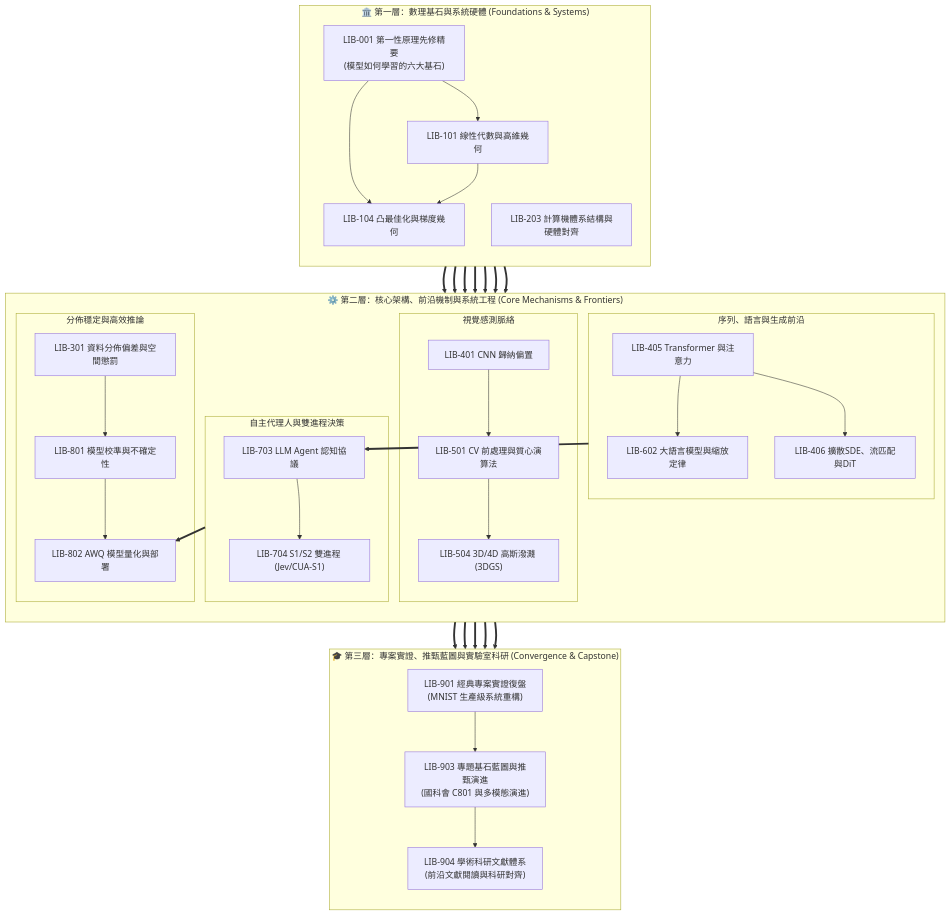
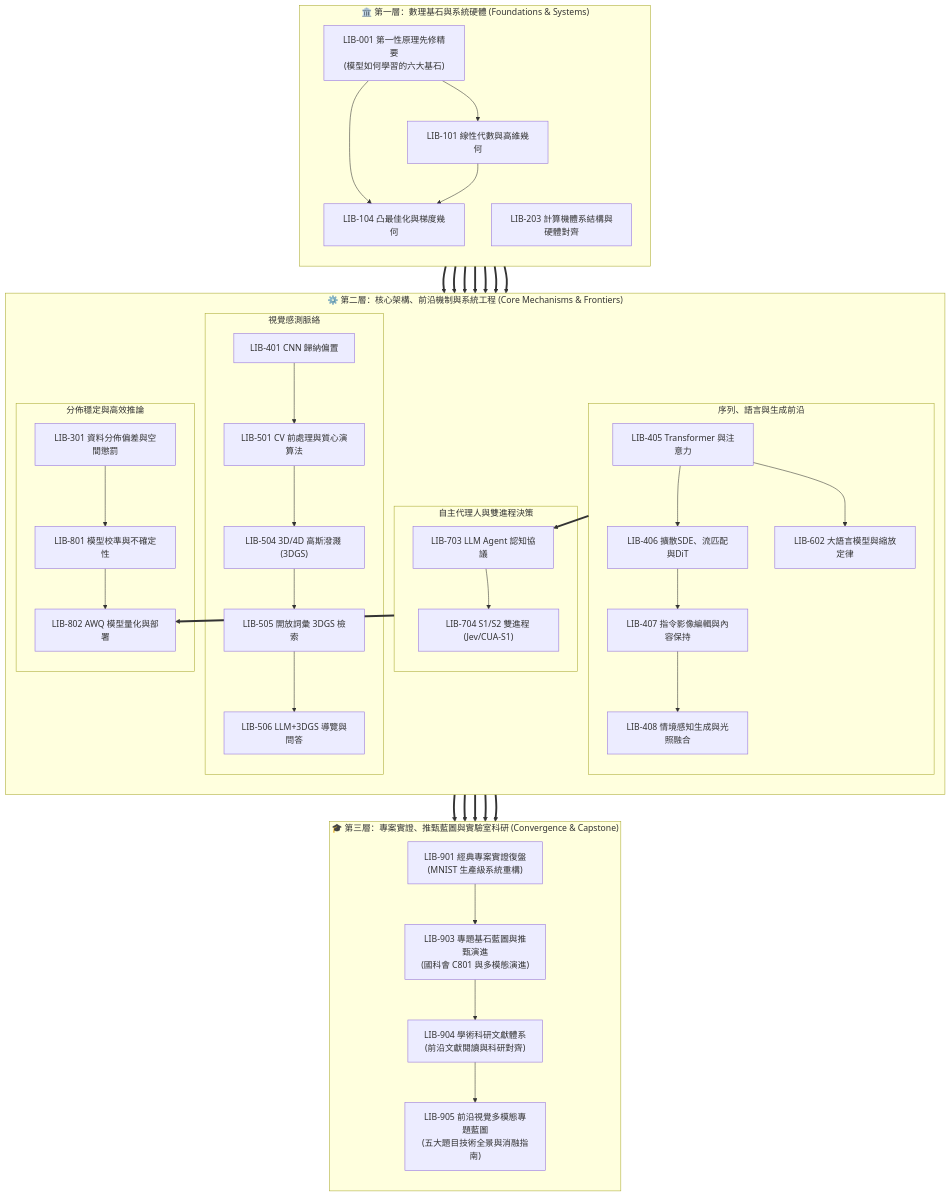
The diagram in 00_總覽與拓樸導覽/LIB-000 圖書館總覽與拓樸導覽系統 (Grand Library Index & Navigator).md (OPluke11-abula/library), drawn with Mermaid before and after one commit. The commit also changed other lines of this file and 15 other files, not shown here.

```diff
--- a/00_總覽與拓樸導覽/LIB-000 圖書館總覽與拓樸導覽系統 (Grand Library Index & Navigator).md
+++ b/00_總覽與拓樸導覽/LIB-000 圖書館總覽與拓樸導覽系統 (Grand Library Index & Navigator).md
@@ -90,15 +90,23 @@
             LIB401["LIB-401 CNN 歸納偏置"]
             LIB501["LIB-501 CV 前處理與質心演算法"]
             LIB504["LIB-504 3D/4D 高斯潑濺 (3DGS)"]
+            LIB505["LIB-505 開放詞彙 3DGS 檢索"]
+            LIB506["LIB-506 LLM+3DGS 導覽與問答"]
             LIB401 --> LIB501
             LIB501 --> LIB504
+            LIB504 --> LIB505
+            LIB505 --> LIB506
         end
 
         subgraph SequenceAxis["序列、語言與生成前沿"]
             LIB405["LIB-405 Transformer 與注意力"]
             LIB406["LIB-406 擴散SDE、流匹配與DiT"]
+            LIB407["LIB-407 指令影像編輯與內容保持"]
+            LIB408["LIB-408 情境感知生成與光照融合"]
             LIB602["LIB-602 大語言模型與縮放定律"]
             LIB405 --> LIB406
+            LIB406 --> LIB407
+            LIB407 --> LIB408
             LIB405 --> LIB602
         end
 
@@ -122,9 +130,11 @@
         LIB901["LIB-901 經典專案實證復盤<br/>(MNIST 生產級系統重構)"]
         LIB903["LIB-903 專題基石藍圖與推甄演進<br/>(國科會 C801 與多模態演進)"]
         LIB904["LIB-904 學術科研文獻體系<br/>(前沿文獻閱讀與科研對齊)"]
+        LIB905["LIB-905 前沿視覺多模態專題藍圖<br/>(五大題目技術全景與消融指南)"]
 
         LIB901 --> LIB903
         LIB903 --> LIB904
+        LIB904 --> LIB905
     end
 
     %% 主幹跨層依賴鏈接 (Primary Cross-Tier Dependencies)
@@ -137,9 +147,9 @@
     LIB104 ==> LIB406
 
     VisualAxis ==> LIB901
-    VisualAxis ==> LIB904
+    VisualAxis ==> LIB905
     SequenceAxis ==> LIB703
-    SequenceAxis ==> LIB904
+    SequenceAxis ==> LIB905
     AgentAxis ==> LIB802
     SystemAxis ==> LIB901
     SystemAxis ==> LIB903
```
